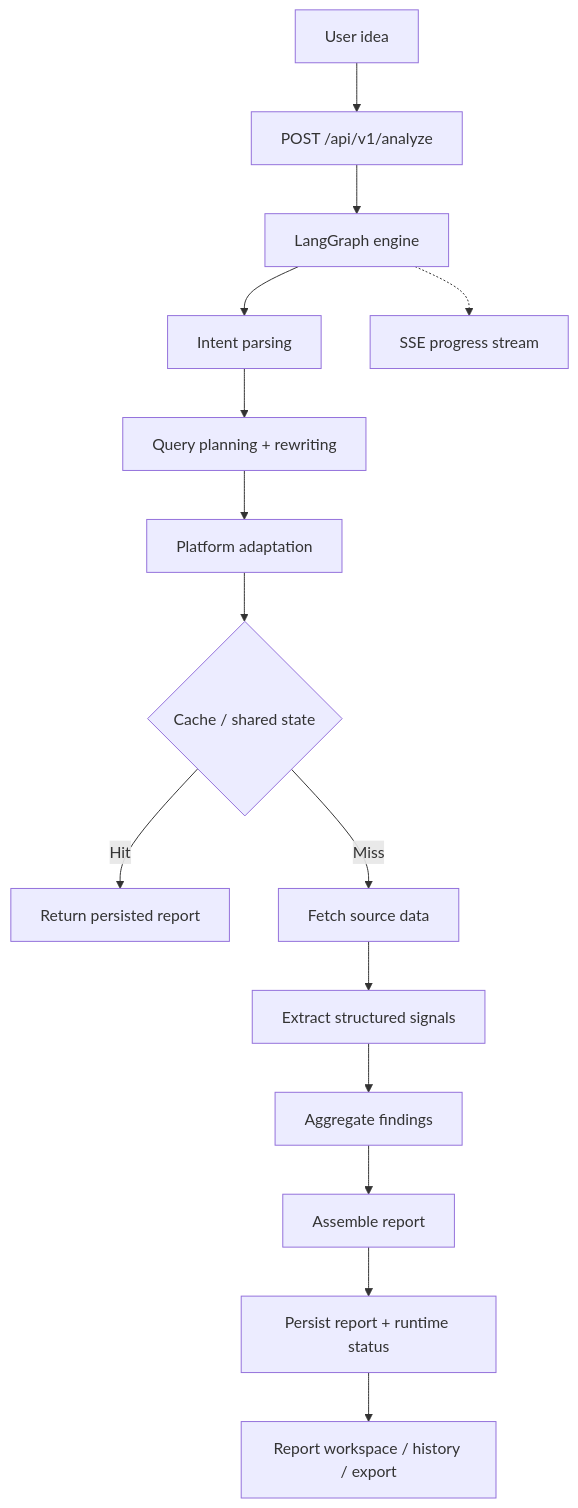
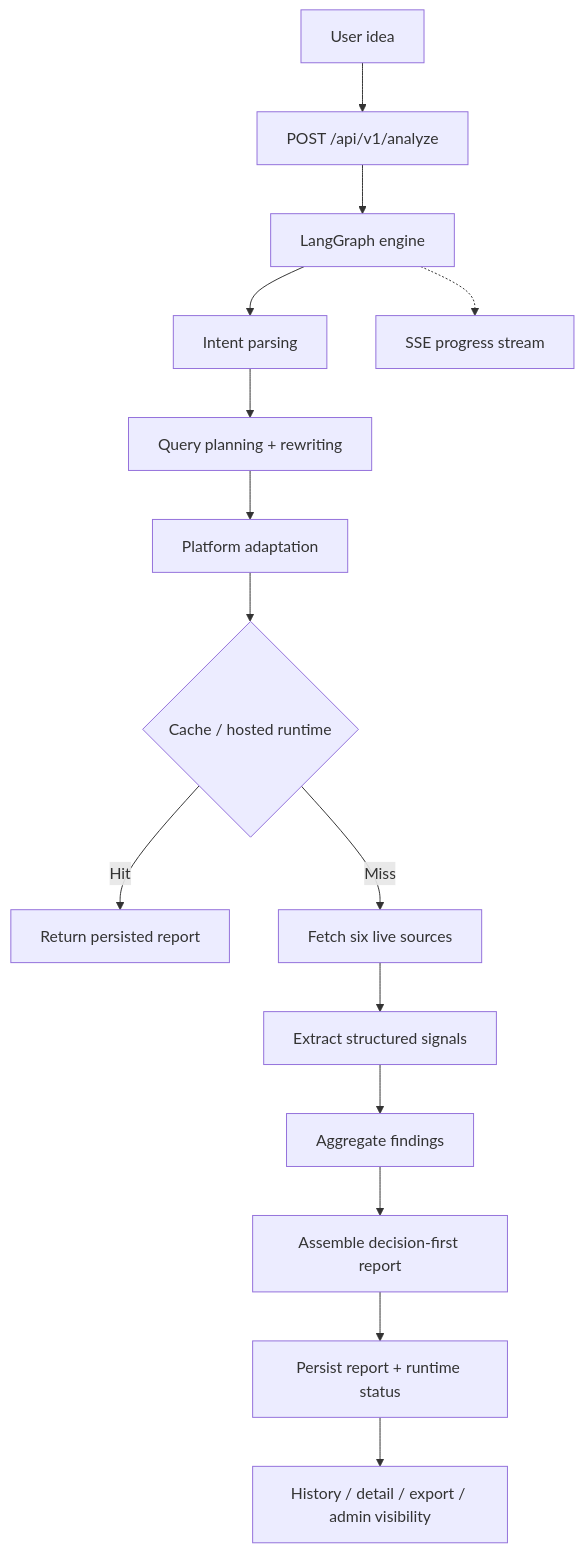
The diagram in README.md (Tendo33/IdeaGo), drawn with Mermaid before and after one commit. The commit also changed other lines of this file and 12 other files, not shown here.

````diff
--- a/README.md
+++ b/README.md
@@ -198,17 +245,17 @@
 ```mermaid
 flowchart TD
     A["User idea"] --> B["POST /api/v1/analyze"]
     B --> C["LangGraph engine"]
     C --> D["Intent parsing"]
     D --> E["Query planning + rewriting"]
     E --> F["Platform adaptation"]
-    F --> G{"Cache / shared state"}
+    F --> G{"Cache / hosted runtime"}
     G -->|Hit| H["Return persisted report"]
-    G -->|Miss| I["Fetch source data"]
+    G -->|Miss| I["Fetch six live sources"]
     I --> J["Extract structured signals"]
     J --> K["Aggregate findings"]
-    K --> L["Assemble report"]
+    K --> L["Assemble decision-first report"]
     L --> M["Persist report + runtime status"]
-    M --> N["Report workspace / history / export"]
+    M --> N["History / detail / export / admin visibility"]
     C -.-> O["SSE progress stream"]
 ```
````
